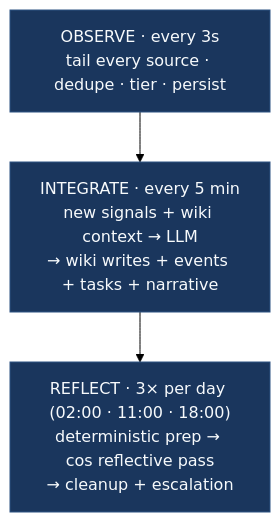
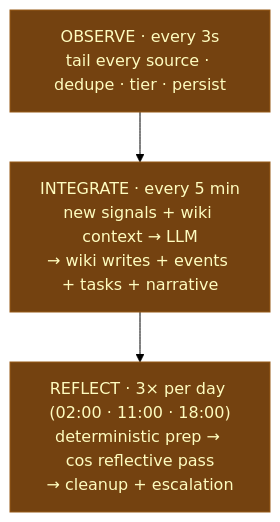
Before and after one commit to dwurtz/lighthouse: the first of 4 diagrams in docs-site/docs/pipelines.md, drawn with Mermaid (forest theme). The commit also changed other lines of this file and 11 other files, not shown here.

````diff
--- a/docs-site/docs/pipelines.md
+++ b/docs-site/docs/pipelines.md
@@ -5,11 +5,15 @@
 ```mermaid
 flowchart TB
     O["OBSERVE · every 3s<br/>tail every source · dedupe · tier · persist"]
     I["INTEGRATE · every 5 min<br/>new signals + wiki context → LLM<br/>→ wiki writes + events + tasks + narrative"]
     R["REFLECT · 3× per day (02:00 · 11:00 · 18:00)<br/>deterministic prep → cos reflective pass<br/>→ cleanup + escalation"]
 
     O --> I --> R
 
-    classDef pipe fill:#1a365d,stroke:#2c5282,color:#f7fafc
-    class O,I,R pipe
+    classDef source  fill:#1a365d,stroke:#2c5282,color:#f7fafc
+    classDef wiki    fill:#22543d,stroke:#2f855a,color:#f7fafc
+    classDef process fill:#744210,stroke:#975a16,color:#fefcbf
+    classDef cos     fill:#975a16,stroke:#d69e2e,color:#fefcbf
+    classDef aside   fill:#3d3d3d,stroke:#555,color:#ccc
+    class O,I,R process
 ```
````
